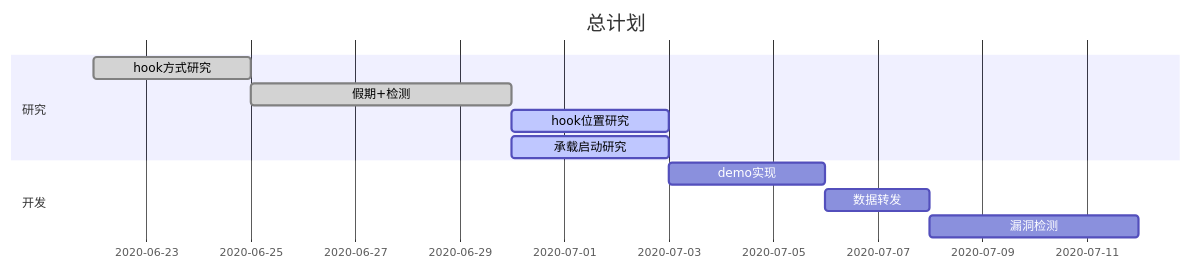
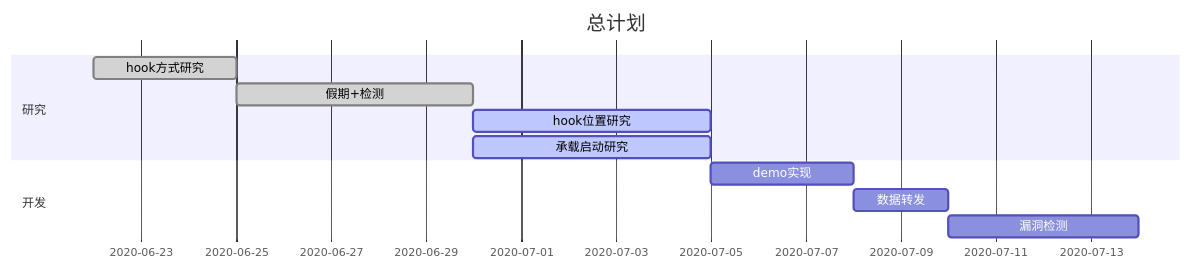
Before and after one commit to luotianqi777/Notebook: the first of 2 diagrams in Plan.md, drawn with Mermaid. The commit also changed other lines of this file and 3 other files, not shown here.

````diff
--- a/Plan.md
+++ b/Plan.md
@@ -3,14 +3,14 @@
 ```mermaid
 gantt
 dateFormat MM-DD
 title 总计划
 section 研究
 hook方式研究: done, hook_find, 06-22, 3d
 假期+检测: done, holiday, after hook_find, 5d
-hook位置研究: active, hook_location, after holiday, 3d
-承载启动研究: active, startup ,after holiday, 3d
+hook位置研究: active, hook_location, after holiday, 5d
+承载启动研究: active, startup ,after holiday, 5d
 section 开发
 demo实现: hook_impl, after startup, 3d
 数据转发: data_send, after hook_impl, 2d
 漏洞检测: bug_check, after data_send, 4d
 ```
````
